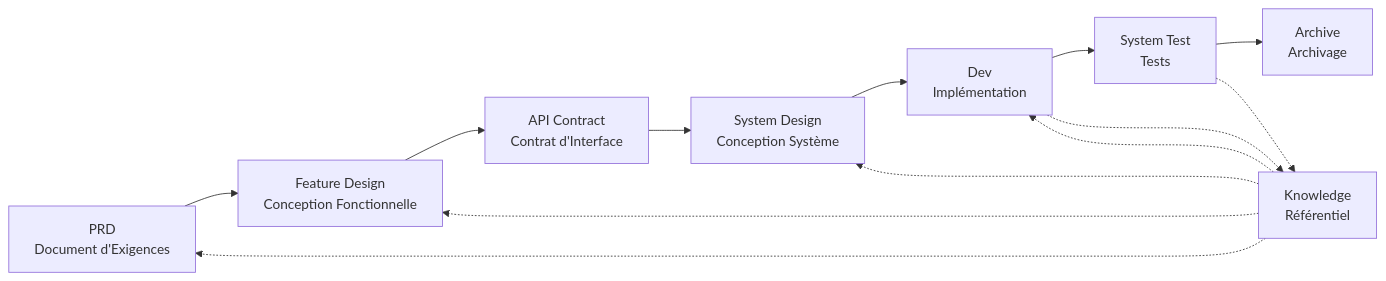
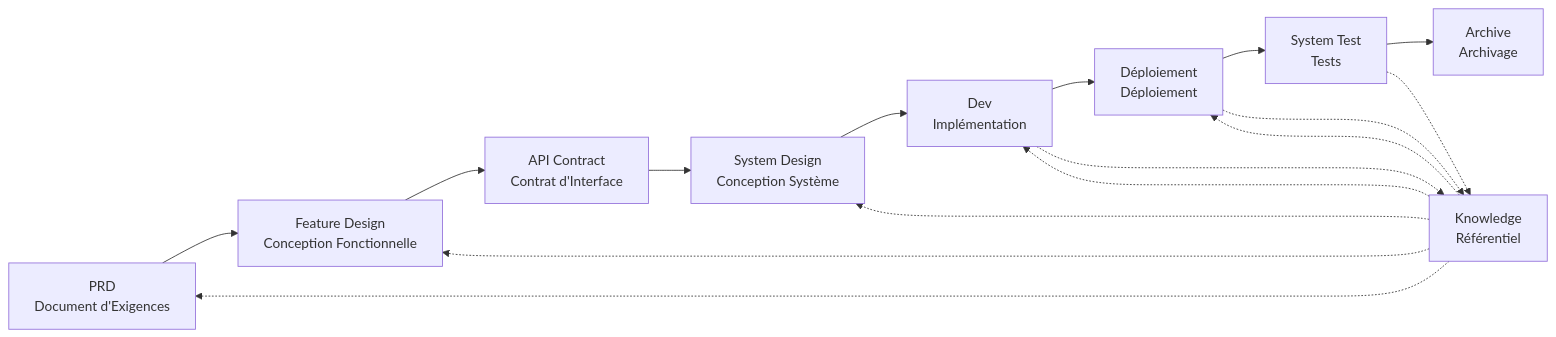
One commit to charlesmu99/speccrew changed the diagram in README.fr.md. Above: the diagram before and after it, drawn with Mermaid. The commit also changed other lines of this file and 35 other files, not shown here.

````diff
--- a/README.fr.md
+++ b/README.fr.md
@@ -166,17 +166,20 @@
 ```mermaid
 graph LR
     A[PRD<br/>Document d'Exigences] --> B[Feature Design<br/>Conception Fonctionnelle]
     B --> C[API Contract<br/>Contrat d'Interface]
     C --> D[System Design<br/>Conception Système]
     D --> E[Dev<br/>Implémentation]
-    E --> F[System Test<br/>Tests]
-    F --> G[Archive<br/>Archivage]
+    E --> F[Déploiement<br/>Déploiement]
+    F --> G[System Test<br/>Tests]
+    G --> H[Archive<br/>Archivage]
     
-    H[Knowledge<br/>Référentiel] -.-> A
-    H -.-> B
-    H -.-> D
-    H -.-> E
+    I[Knowledge<br/>Référentiel] -.-> A
+    I -.-> B
+    I -.-> D
+    I -.-> E
+    I -.-> F
     
-    E -.-> H
-    F -.-> H
+    E -.-> I
+    F -.-> I
+    G -.-> I
 ```
````
